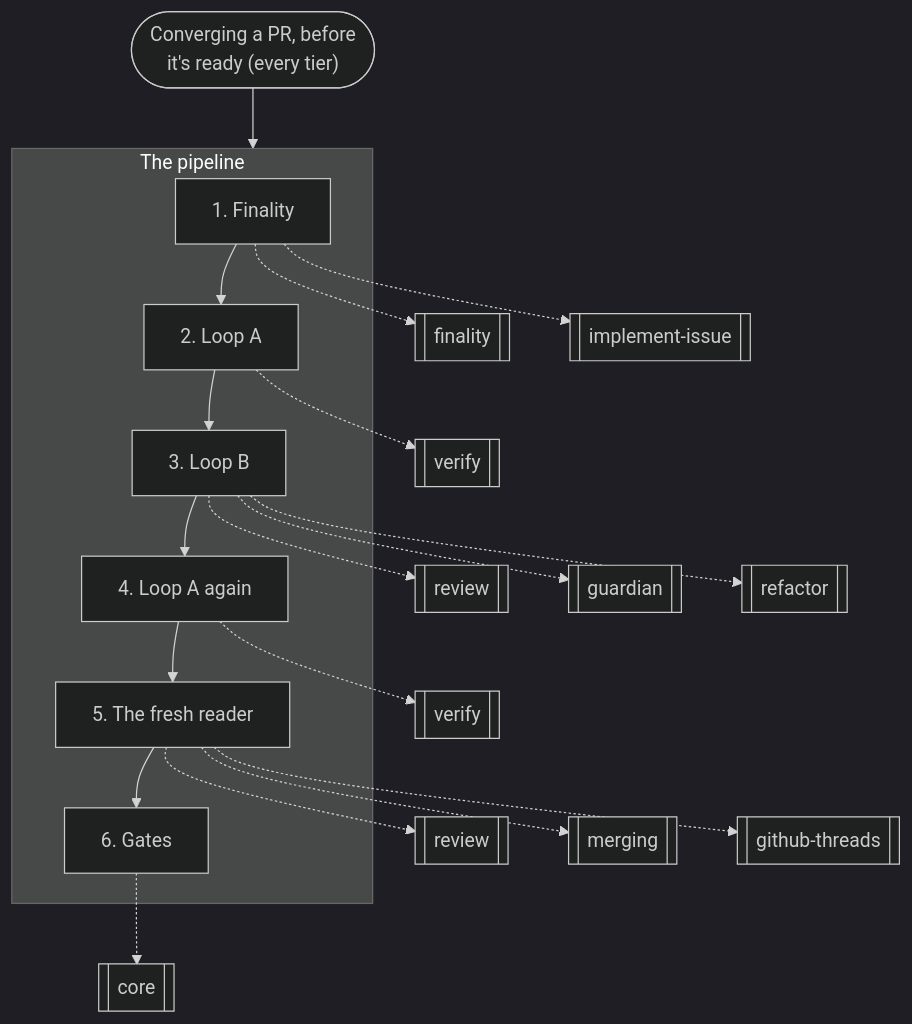
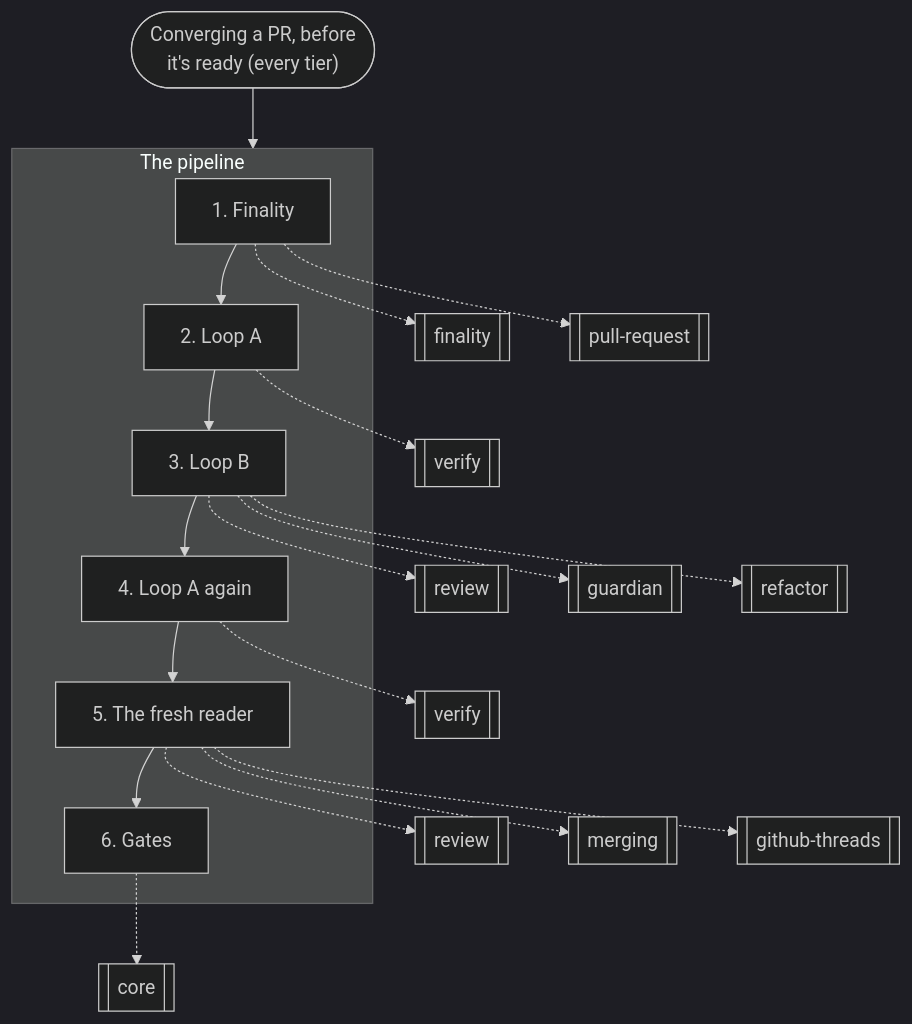
Before and after one commit to nitedani/mergeworthy: the ninth of 16 diagrams in docs/graphs.md, drawn with Mermaid (dark theme). The commit also changed other lines of this file and 10 other files, not shown here.

Commit message:
Rename implement-issue to pull-request: any change to a merge-ready PR; open one only when it blocks something you ship

````diff
--- a/docs/graphs.md
+++ b/docs/graphs.md
@@ -255,29 +255,29 @@
 ```mermaid
 flowchart TB
   start(["Converging a PR, before<br/>it's ready (every tier)"])
   subgraph g0["The pipeline"]
     s0["1. Finality"]
     s1["2. Loop A"]
     s0 --> s1
     s2["3. Loop B"]
     s1 --> s2
     s3["4. Loop A again"]
     s2 --> s3
     s4["5. The fresh reader"]
     s3 --> s4
     s5["6. Gates"]
     s4 --> s5
   end
   s0 -.-> r1[["finality"]]
-  s0 -.-> r2[["implement-issue"]]
+  s0 -.-> r2[["pull-request"]]
   s1 -.-> r3[["verify"]]
   s2 -.-> r4[["review"]]
   s2 -.-> r5[["guardian"]]
   s2 -.-> r6[["refactor"]]
   s3 -.-> r7[["verify"]]
   s4 -.-> r8[["review"]]
   s4 -.-> r9[["merging"]]
   s4 -.-> r10[["github-threads"]]
   s5 -.-> r11[["core"]]
   start --> g0
 ```
````
